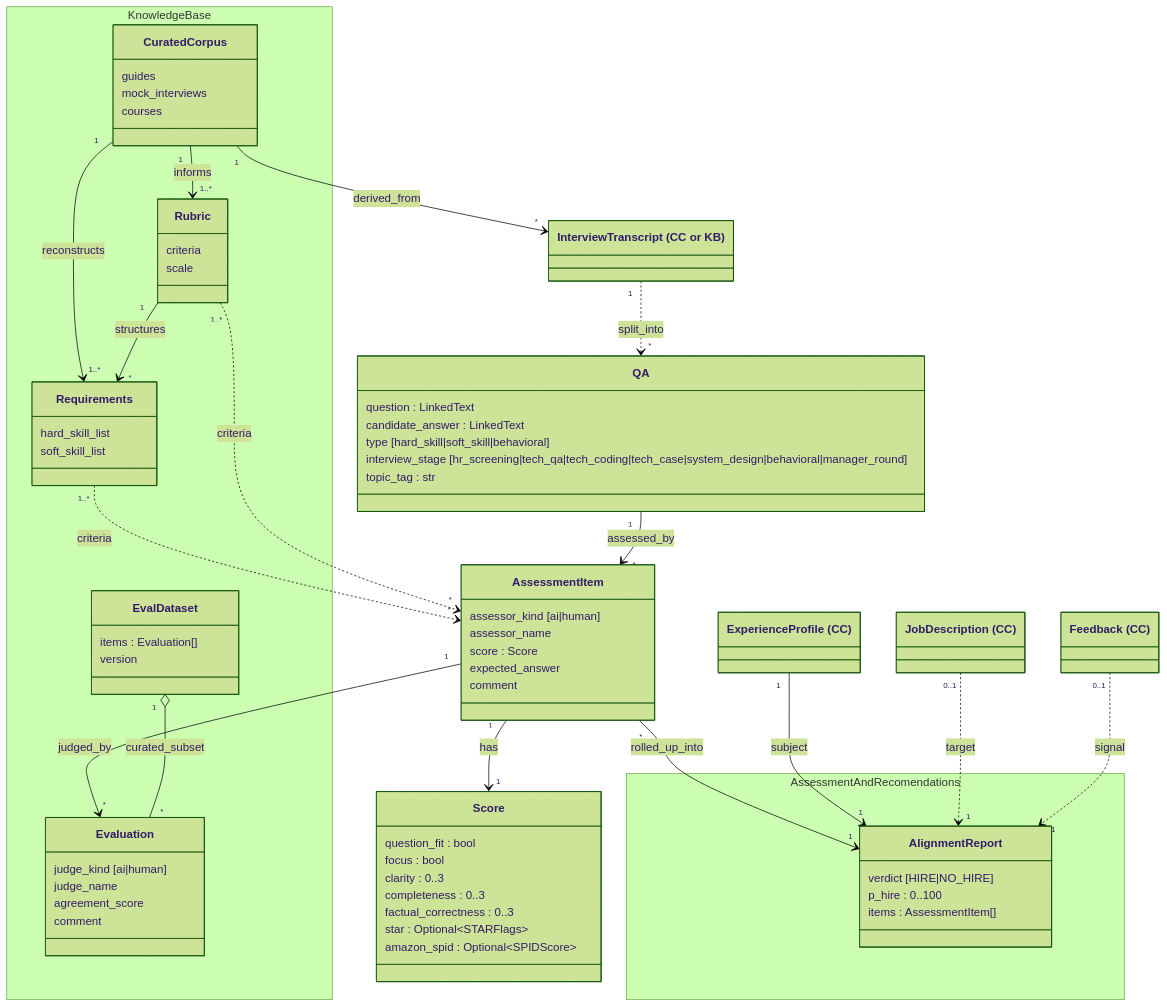
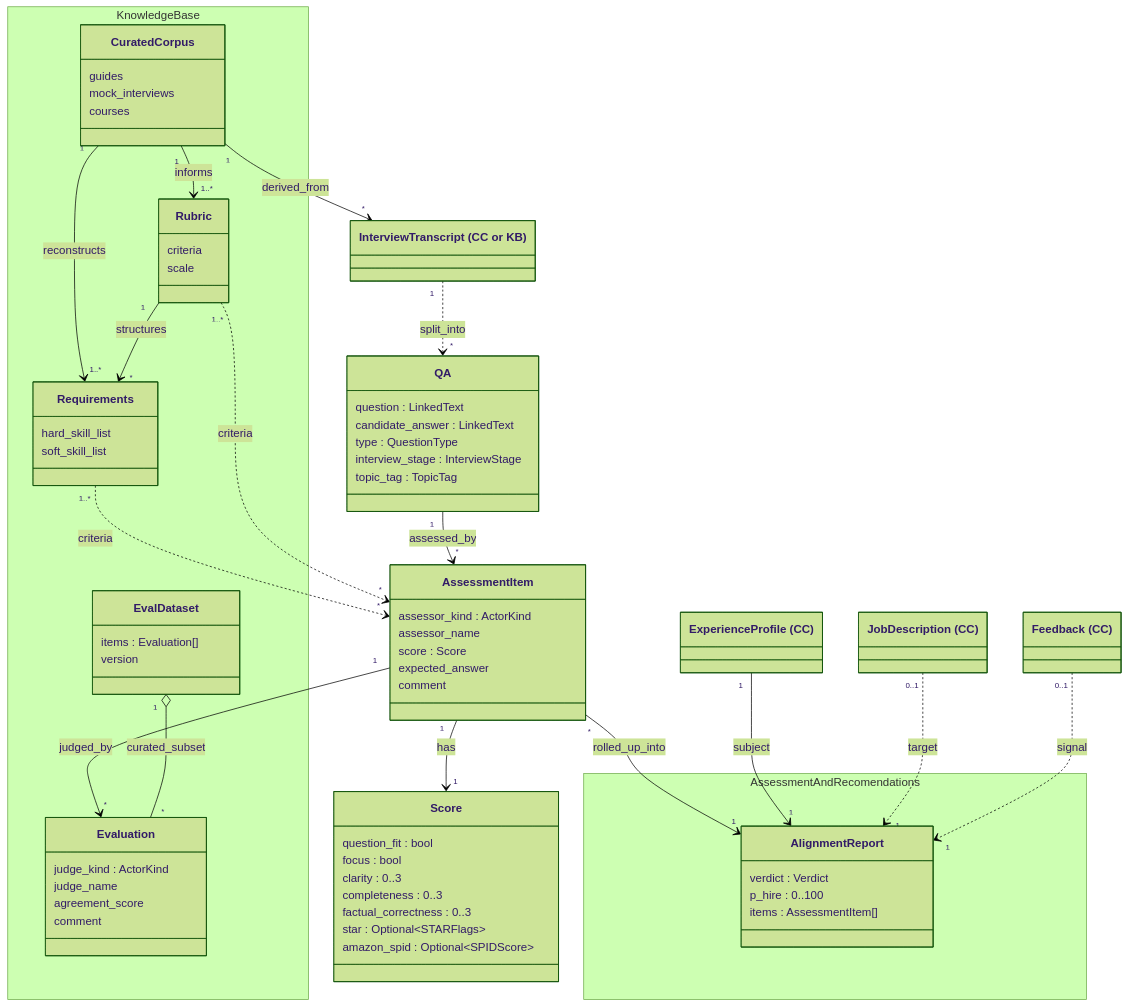
One commit to margomrkv/interview-debrief-assistant changed the second of 5 diagrams in md/spec.md. Above: the diagram before and after it, drawn with Mermaid (forest theme). The commit also changed other lines of this file and 2 other files, not shown here.

```diff
--- a/md/spec.md
+++ b/md/spec.md
@@ -198,12 +201,12 @@
     class QA {
         question : LinkedText
         candidate_answer : LinkedText
-        type [hard_skill|soft_skill|behavioral]
-        interview_stage [hr_screening|tech_qa|tech_coding|tech_case|system_design|behavioral|manager_round]
-        topic_tag : str
+        type : QuestionType
+        interview_stage : InterviewStage
+        topic_tag : TopicTag
     }
     class AssessmentItem {
-        assessor_kind [ai|human]
+        assessor_kind : ActorKind
         assessor_name
         score : Score
         expected_answer
@@ -234,7 +237,7 @@
             soft_skill_list
         }
         class Evaluation {
-            judge_kind [ai|human]
+            judge_kind : ActorKind
             judge_name
             agreement_score
             comment
@@ -247,7 +250,7 @@
 
     namespace AssessmentAndRecomendations {
         class AlignmentReport {
-            verdict [HIRE|NO_HIRE]
+            verdict : Verdict
             p_hire : 0..100
             items : AssessmentItem[]
         }
```
